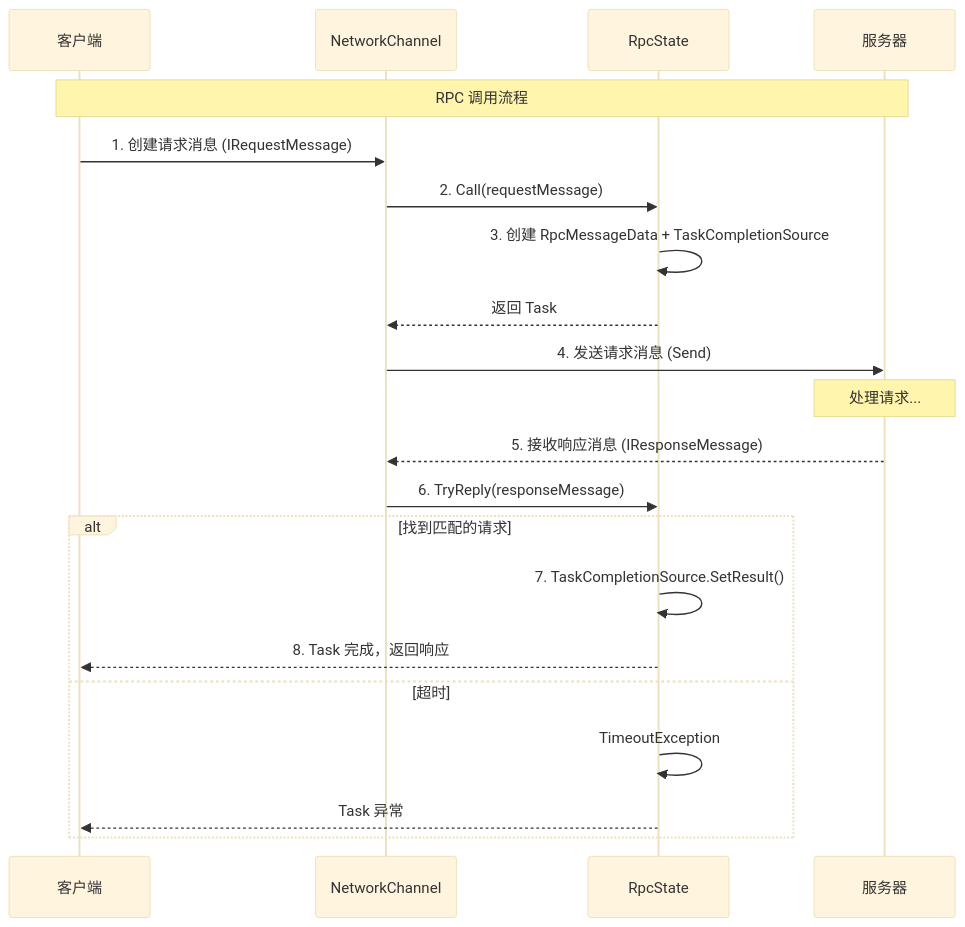
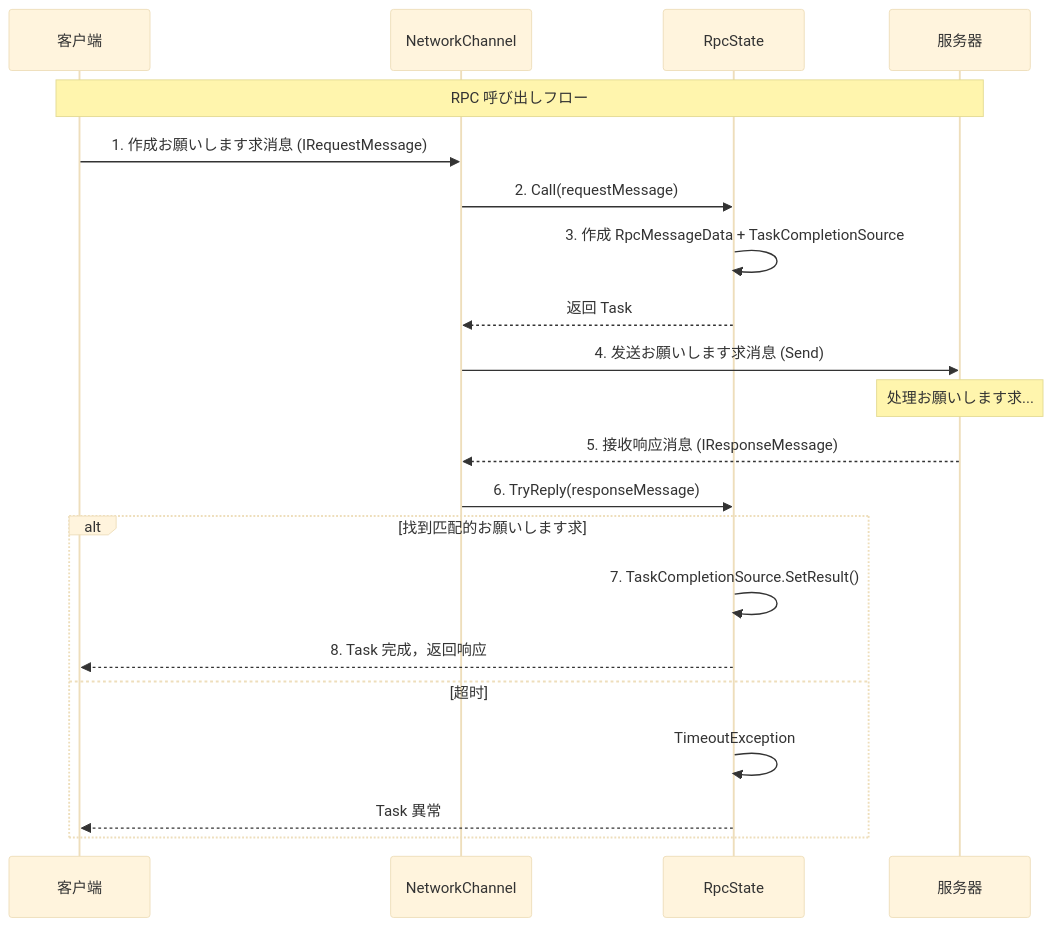
Before and after one commit to AlianBlank/GameFrameX.Docs: the third of 3 diagrams in docs/ja/client/unity/component/network/11.rpc.md, drawn with Mermaid (base theme). The commit also changed other lines of this file and 603 other files, not shown here.

````diff
--- a/docs/ja/client/unity/component/network/11.rpc.md
+++ b/docs/ja/client/unity/component/network/11.rpc.md
@@ -204,28 +204,28 @@
 ```mermaid
 sequenceDiagram
     participant Client as 客户端
     participant Channel as NetworkChannel
     participant RpcState as RpcState
     participant Server as 服务器
 
-    Note over Client,Server: RPC 调用流程
+    Note over Client,Server: RPC 呼び出しフロー
 
-    Client->>Channel: 1. 创建请求消息 (IRequestMessage)
+    Client->>Channel: 1. 作成お願いします求消息 (IRequestMessage)
     Channel->>RpcState: 2. Call(requestMessage)
-    RpcState->>RpcState: 3. 创建 RpcMessageData + TaskCompletionSource
+    RpcState->>RpcState: 3. 作成 RpcMessageData + TaskCompletionSource
     RpcState-->>Channel: 返回 Task
-    Channel->>Server: 4. 发送请求消息 (Send)
+    Channel->>Server: 4. 发送お願いします求消息 (Send)
     
-    Note over Server: 处理请求...
+    Note over Server: 处理お願いします求...
     
     Server-->>Channel: 5. 接收响应消息 (IResponseMessage)
     Channel->>RpcState: 6. TryReply(responseMessage)
     
-    alt 找到匹配的请求
+    alt 找到匹配的お願いします求
         RpcState->>RpcState: 7. TaskCompletionSource.SetResult()
         RpcState-->>Client: 8. Task 完成，返回响应
     else 超时
         RpcState->>RpcState: TimeoutException
-        RpcState-->>Client: Task 异常
+        RpcState-->>Client: Task 異常
     end
 ```
````
